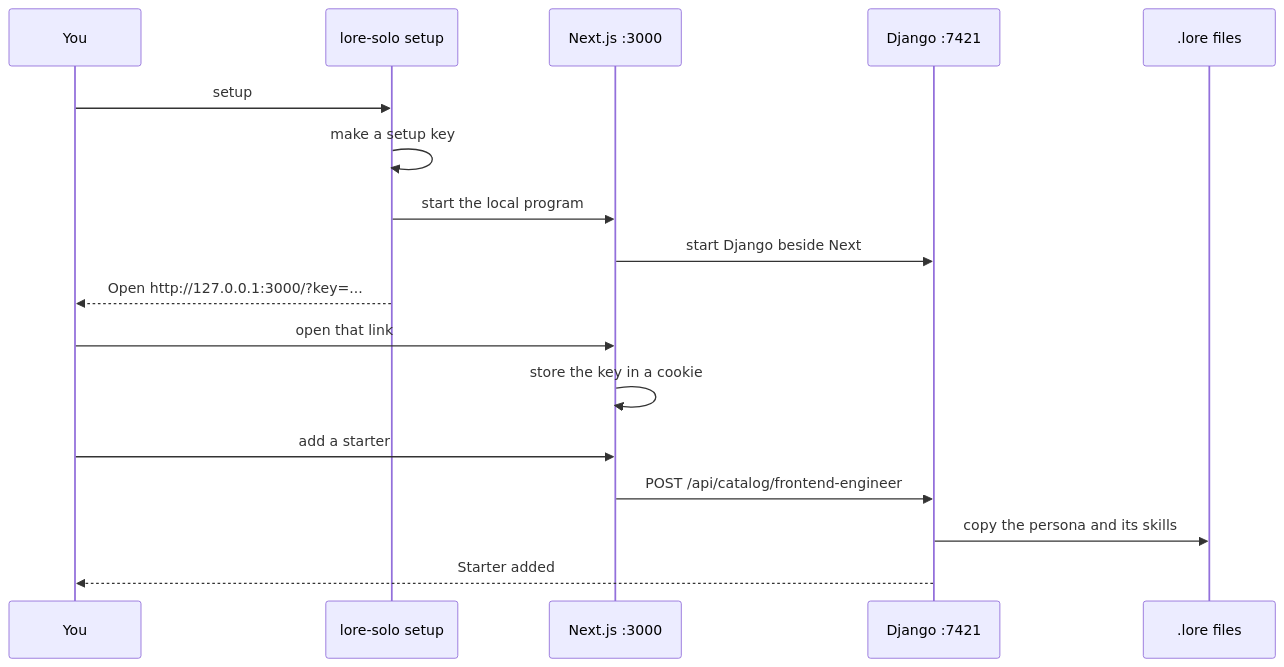
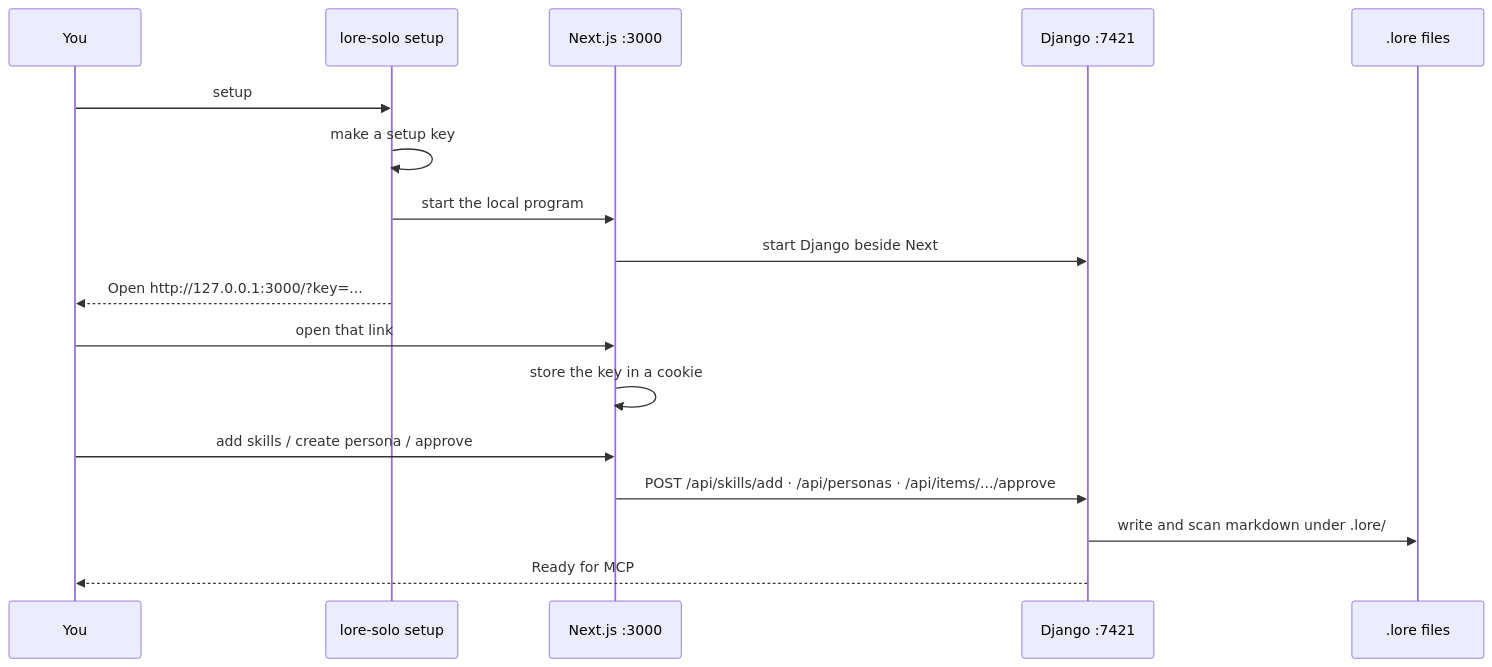
One commit to starrynight-web/LORE changed the fourth of 6 diagrams in docs/solo/HOW_IT_WORKS.md. Above: the diagram before and after it, drawn with Mermaid. The commit also changed other lines of this file and 51 other files, not shown here.

````diff
--- a/docs/solo/HOW_IT_WORKS.md
+++ b/docs/solo/HOW_IT_WORKS.md
@@ -135,20 +147,20 @@
 ```mermaid
 sequenceDiagram
   participant You
   participant Launcher as lore-solo setup
   participant Site as Next.js :3000
   participant API as Django :7421
   participant Disk as .lore files
 
   You->>Launcher: setup
   Launcher->>Launcher: make a setup key
   Launcher->>Site: start the local program
   Site->>API: start Django beside Next
   Launcher-->>You: Open http://127.0.0.1:3000/?key=...
   You->>Site: open that link
   Site->>Site: store the key in a cookie
-  You->>Site: add a starter
-  Site->>API: POST /api/catalog/frontend-engineer
-  API->>Disk: copy the persona and its skills
-  API-->>You: Starter added
+  You->>Site: add skills / create persona / approve
+  Site->>API: POST /api/skills/add · /api/personas · /api/items/.../approve
+  API->>Disk: write and scan markdown under .lore/
+  API-->>You: Ready for MCP
 ```
````
